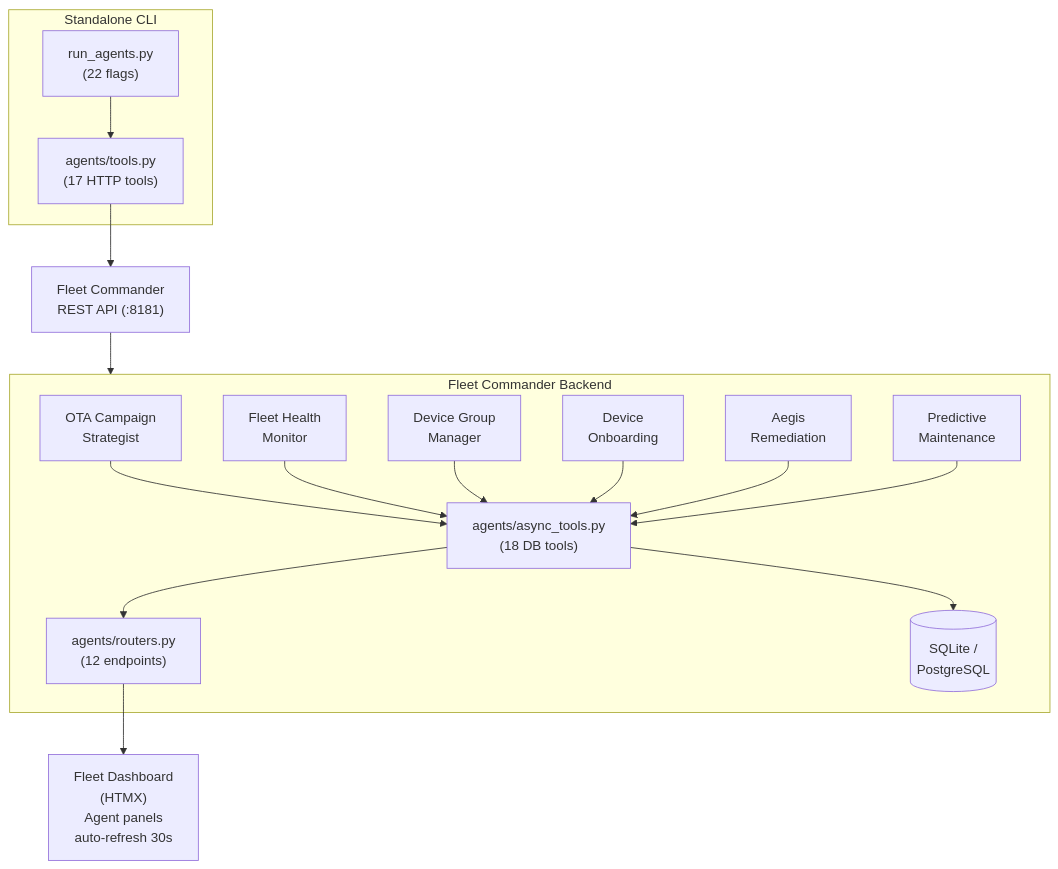
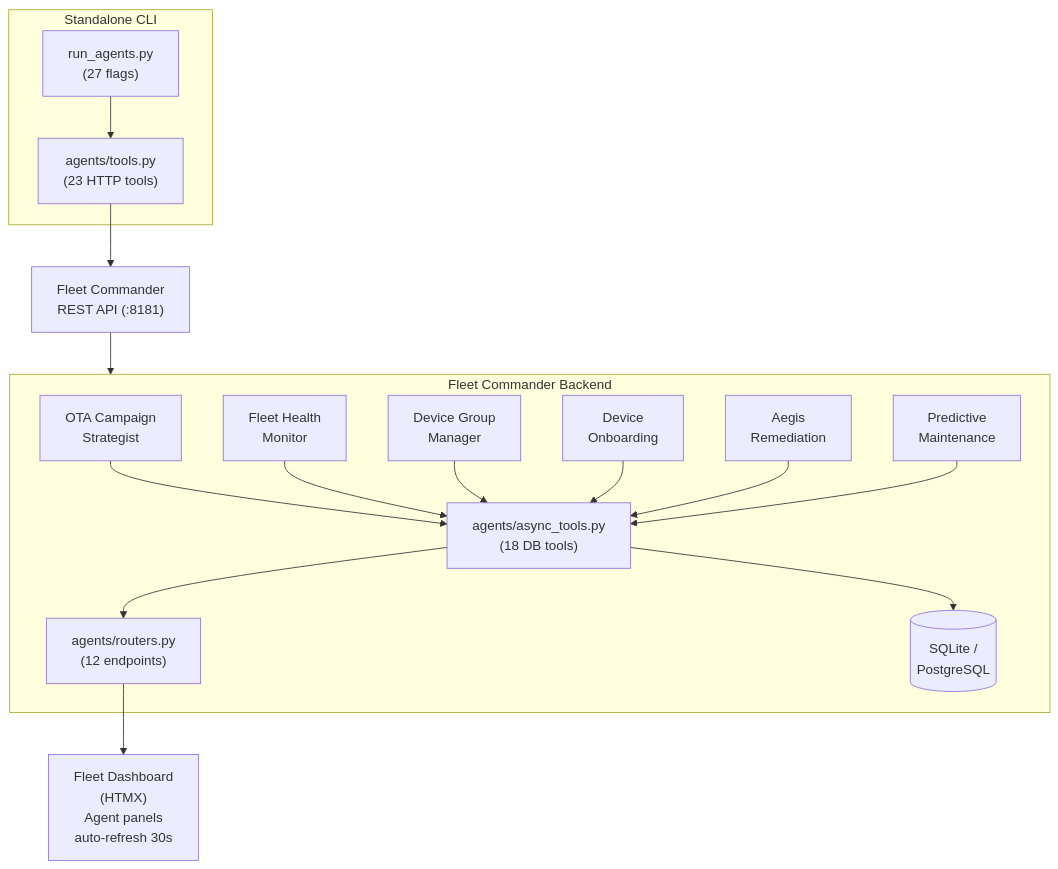
The seventh of 8 diagrams in AI_AGENTS.md (yevano09/fleet-management), drawn with Mermaid before and after one commit. The commit also changed other lines of this file and 14 other files, not shown here.

````diff
--- a/AI_AGENTS.md
+++ b/AI_AGENTS.md
@@ -544,32 +543,32 @@
 ```mermaid
 flowchart TD
     subgraph BE["Fleet Commander Backend"]
         P1_1["OTA Campaign<br/>Strategist"]
         P1_2["Fleet Health<br/>Monitor"]
         P1_3["Device Group<br/>Manager"]
         P1_4["Device<br/>Onboarding"]
         P1_5["Aegis<br/>Remediation"]
         P1_6["Predictive<br/>Maintenance"]
 
         ASYNC["agents/async_tools.py<br/>(18 DB tools)"]
         ROUTER["agents/routers.py<br/>(12 endpoints)"]
 
         P1_1 --> ASYNC
         P1_2 --> ASYNC
         P1_3 --> ASYNC
         P1_4 --> ASYNC
         P1_5 --> ASYNC
         P1_6 --> ASYNC
         ASYNC --> DB[("SQLite /<br/>PostgreSQL")]
         ASYNC --> ROUTER
     end
 
     ROUTER --> DASH["Fleet Dashboard<br/>(HTMX)<br/>Agent panels<br/>auto-refresh 30s"]
 
     subgraph CLI["Standalone CLI"]
-        RC["run_agents.py<br/>(22 flags)"]
-        HTTP_T["agents/tools.py<br/>(17 HTTP tools)"]
+        RC["run_agents.py<br/>(27 flags)"]
+        HTTP_T["agents/tools.py<br/>(23 HTTP tools)"]
     end
 
     RC --> HTTP_T --> REST["Fleet Commander<br/>REST API (:8181)"] --> BE
 ```
````
